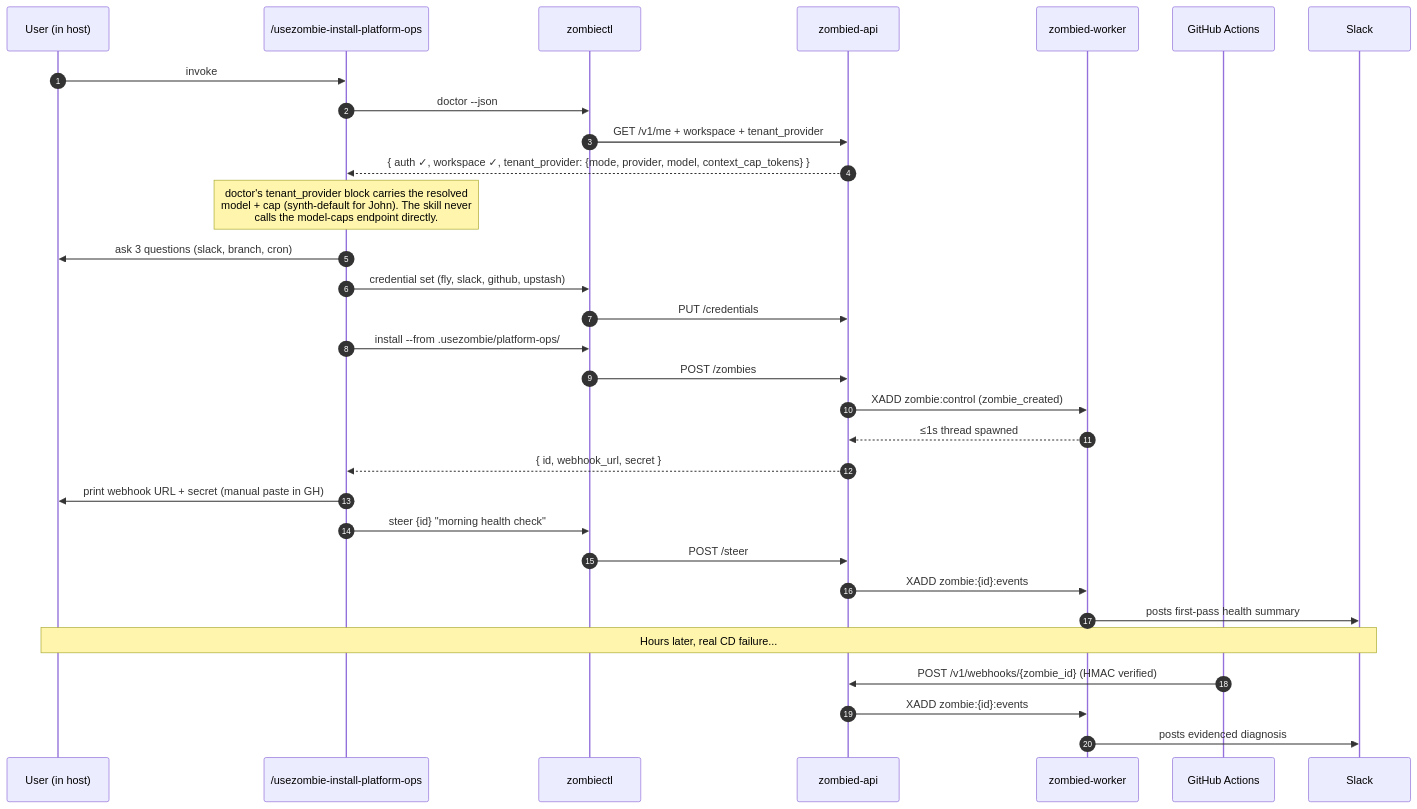
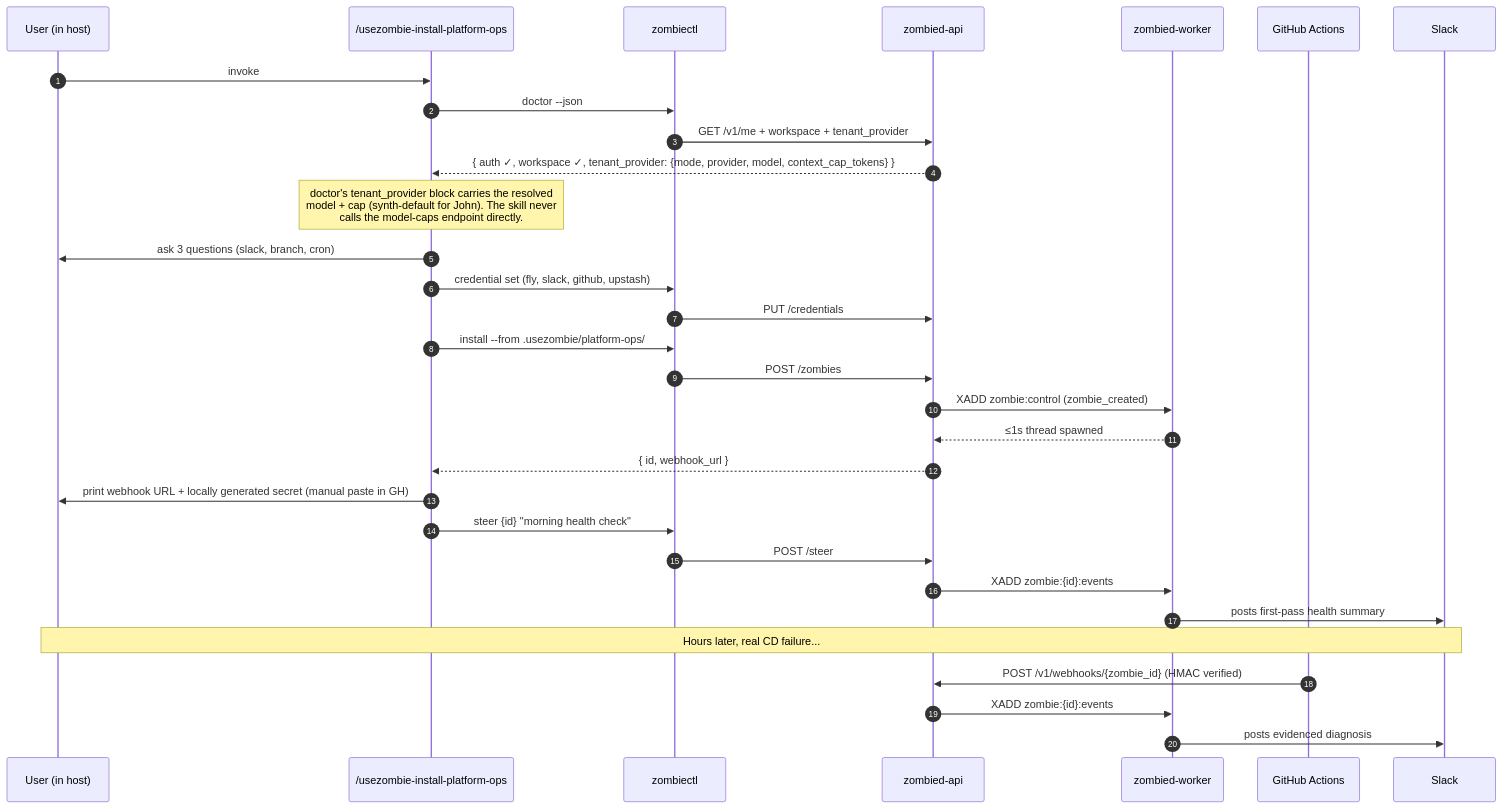
One commit to usezombie/usezombie changed the diagram in docs/architecture/scenarios/01_default_install.md. Above: the diagram before and after it, drawn with Mermaid. The commit also changed other lines of this file and 14 other files, not shown here.

Commit message:
docs: align onboarding specs with secure install flow

````diff
--- a/docs/architecture/scenarios/01_default_install.md
+++ b/docs/architecture/scenarios/01_default_install.md
@@ -11,34 +11,34 @@
 ```mermaid
 sequenceDiagram
     autonumber
     participant Op as User (in host)
     participant Skill as /usezombie-install-platform-ops
     participant CLI as zombiectl
     participant API as zombied-api
     participant Worker as zombied-worker
     participant GH as GitHub Actions
     participant Slack
 
     Op->>Skill: invoke
     Skill->>CLI: doctor --json
     CLI->>API: GET /v1/me + workspace + tenant_provider
     API-->>Skill: { auth ✓, workspace ✓, tenant_provider: {mode, provider, model, context_cap_tokens} }
     Note over Skill: doctor's tenant_provider block carries the resolved<br/>model + cap (synth-default for John). The skill never<br/>calls the model-caps endpoint directly.
     Skill->>Op: ask 3 questions (slack, branch, cron)
     Skill->>CLI: credential set (fly, slack, github, upstash)
     CLI->>API: PUT /credentials
     Skill->>CLI: install --from .usezombie/platform-ops/
     CLI->>API: POST /zombies
     API->>Worker: XADD zombie:control (zombie_created)
     Worker-->>API: ≤1s thread spawned
-    API-->>Skill: { id, webhook_url, secret }
-    Skill->>Op: print webhook URL + secret (manual paste in GH)
+    API-->>Skill: { id, webhook_url }
+    Skill->>Op: print webhook URL + locally generated secret (manual paste in GH)
     Skill->>CLI: steer {id} "morning health check"
     CLI->>API: POST /steer
     API->>Worker: XADD zombie:{id}:events
     Worker->>Slack: posts first-pass health summary
     Note over Op,Slack: Hours later, real CD failure...
     GH->>API: POST /v1/webhooks/{zombie_id} (HMAC verified)
     API->>Worker: XADD zombie:{id}:events
     Worker->>Slack: posts evidenced diagnosis
 ```
````
